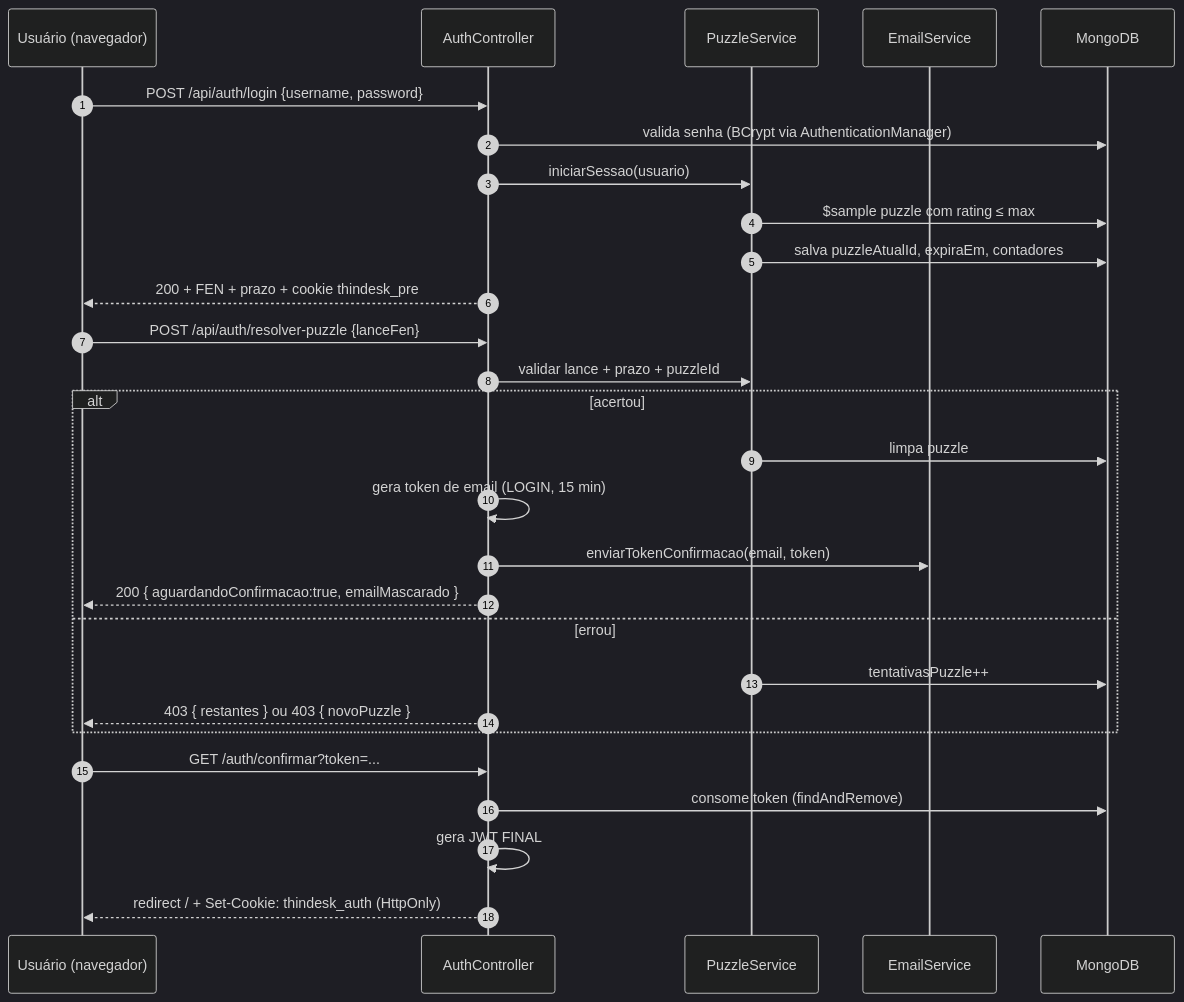
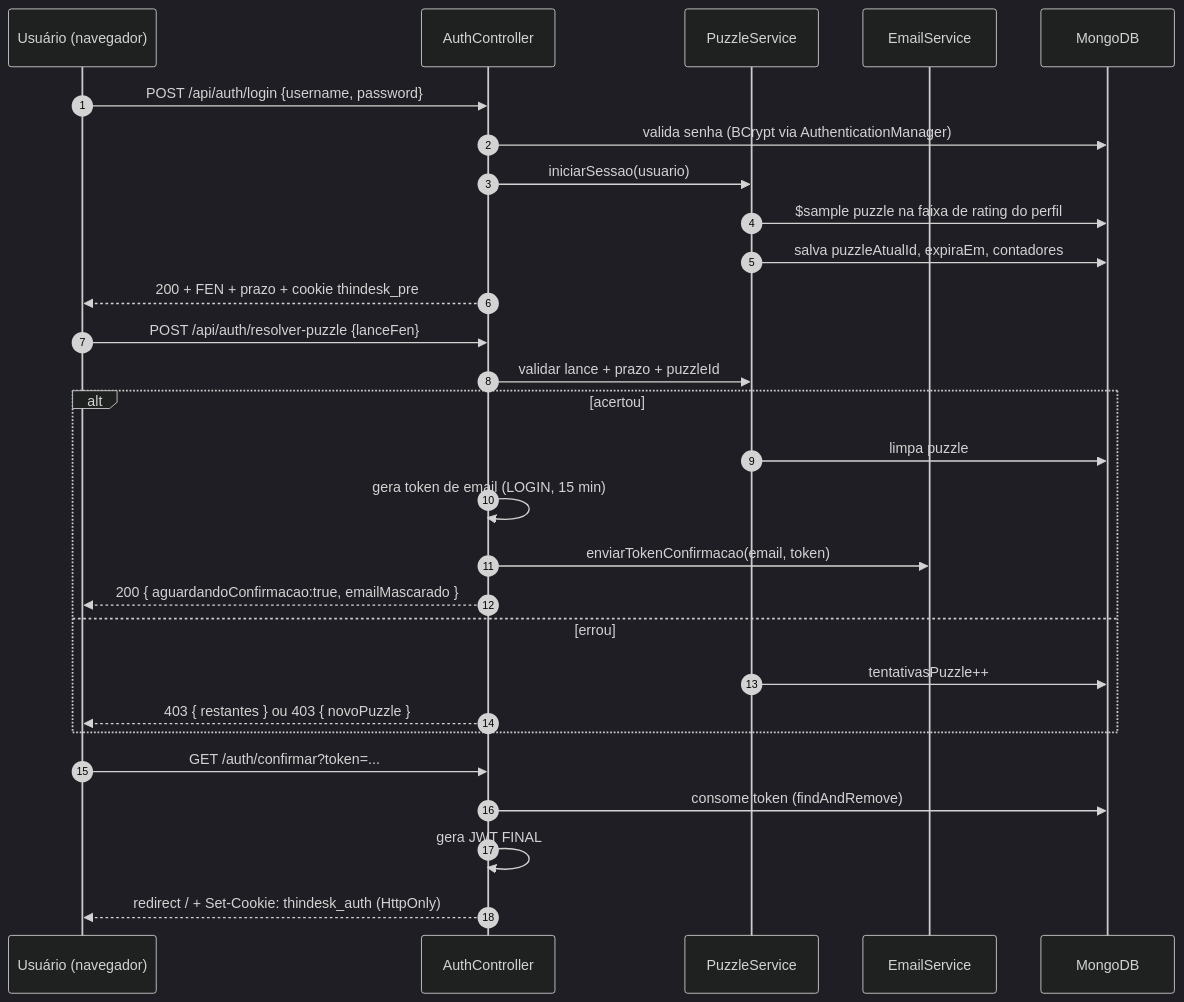
One commit to MiguelSantanaDaCosta/Sistema-de-Login-Seguro changed the diagram in README.md. Above: the diagram before and after it, drawn with Mermaid (dark theme). The commit also changed other lines of this file, not shown here.

````diff
--- a/README.md
+++ b/README.md
@@ -925,33 +946,33 @@
 ```mermaid
 sequenceDiagram
     autonumber
     participant U as Usuário (navegador)
     participant A as AuthController
     participant P as PuzzleService
     participant E as EmailService
     participant M as MongoDB
 
     U->>A: POST /api/auth/login {username, password}
     A->>M: valida senha (BCrypt via AuthenticationManager)
     A->>P: iniciarSessao(usuario)
-    P->>M: $sample puzzle com rating ≤ max
+    P->>M: $sample puzzle na faixa de rating do perfil
     P->>M: salva puzzleAtualId, expiraEm, contadores
     A-->>U: 200 + FEN + prazo + cookie thindesk_pre
 
     U->>A: POST /api/auth/resolver-puzzle {lanceFen}
     A->>P: validar lance + prazo + puzzleId
     alt acertou
         P->>M: limpa puzzle
         A->>A: gera token de email (LOGIN, 15 min)
         A->>E: enviarTokenConfirmacao(email, token)
         A-->>U: 200 { aguardandoConfirmacao:true, emailMascarado }
     else errou
         P->>M: tentativasPuzzle++
         A-->>U: 403 { restantes } ou 403 { novoPuzzle }
     end
 
     U->>A: GET /auth/confirmar?token=...
     A->>M: consome token (findAndRemove)
     A->>A: gera JWT FINAL
     A-->>U: redirect / + Set-Cookie: thindesk_auth (HttpOnly)
 ```
````
